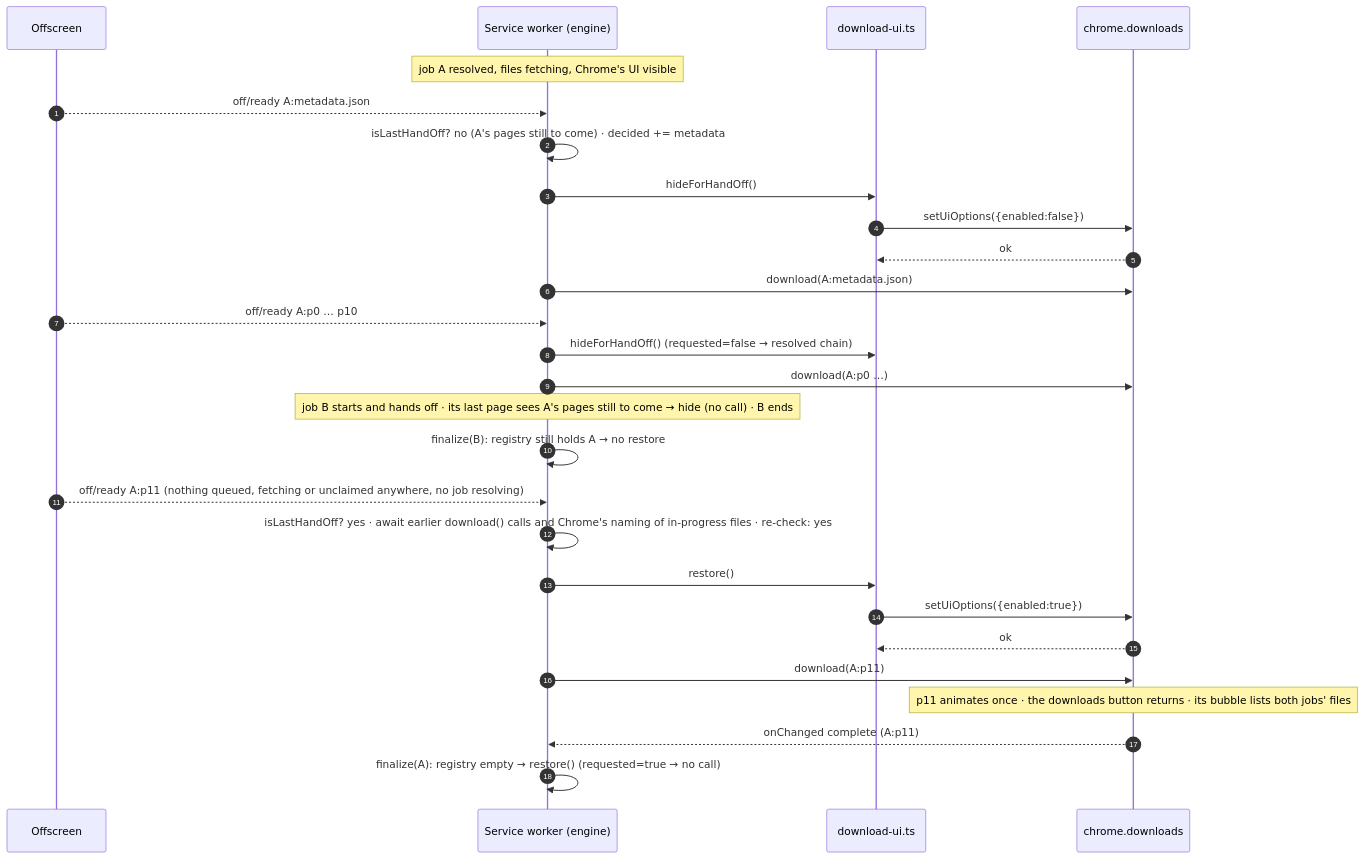
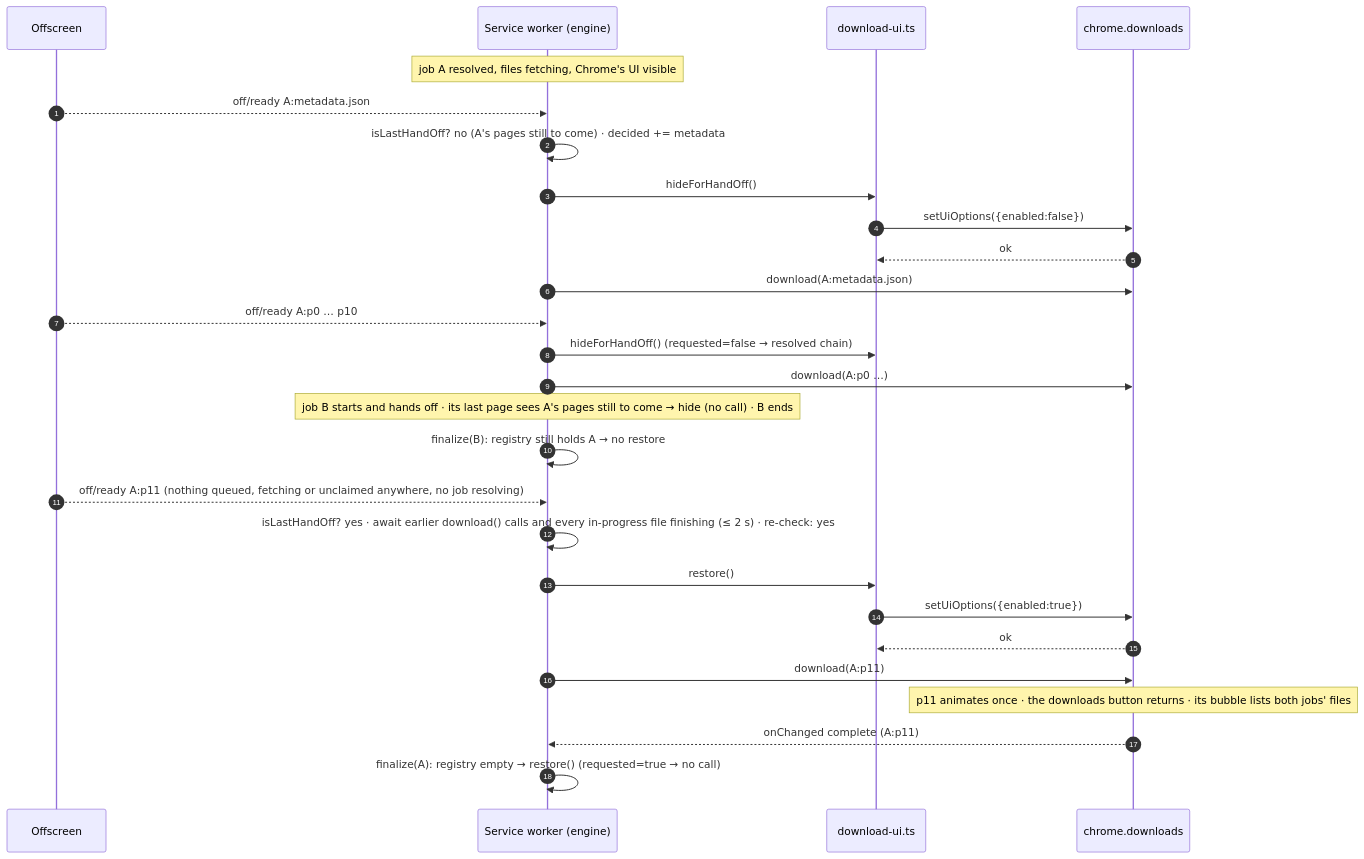
Before and after one commit to kyoicn/pixivhelper: the fourth of 8 diagrams in docs/design/design-download-engine.md, drawn with Mermaid. The commit also changed other lines of this file and 7 other files, not shown here.

````diff
--- a/docs/design/design-download-engine.md
+++ b/docs/design/design-download-engine.md
@@ -729,29 +753,29 @@
 ```mermaid
 sequenceDiagram
   autonumber
   participant OD as Offscreen
   participant SW as Service worker (engine)
   participant UI as download-ui.ts
   participant DL as chrome.downloads
   Note over SW: job A resolved, files fetching, Chrome's UI visible
   OD-->>SW: off/ready A:metadata.json
   SW->>SW: isLastHandOff? no (A's pages still to come) · decided += metadata
   SW->>UI: hideForHandOff()
   UI->>DL: setUiOptions({enabled:false})
   DL-->>UI: ok
   SW->>DL: download(A:metadata.json)
   OD-->>SW: off/ready A:p0 … p10
   SW->>UI: hideForHandOff() (requested=false → resolved chain)
   SW->>DL: download(A:p0 …)
   Note over SW: job B starts and hands off · its last page sees A's pages still to come → hide (no call) · B ends
   SW->>SW: finalize(B): registry still holds A → no restore
   OD-->>SW: off/ready A:p11 (nothing queued, fetching or unclaimed anywhere, no job resolving)
-  SW->>SW: isLastHandOff? yes · await earlier download() calls and Chrome's naming of in-progress files · re-check: yes
+  SW->>SW: isLastHandOff? yes · await earlier download() calls and every in-progress file finishing (≤ 2 s) · re-check: yes
   SW->>UI: restore()
   UI->>DL: setUiOptions({enabled:true})
   DL-->>UI: ok
   SW->>DL: download(A:p11)
   Note over DL: p11 animates once · the downloads button returns · its bubble lists both jobs' files
   DL-->>SW: onChanged complete (A:p11)
   SW->>SW: finalize(A): registry empty → restore() (requested=true → no call)
 ```
````
